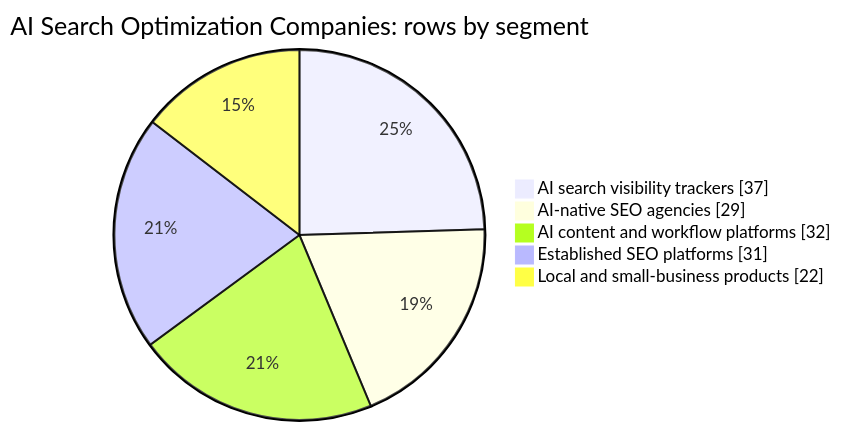
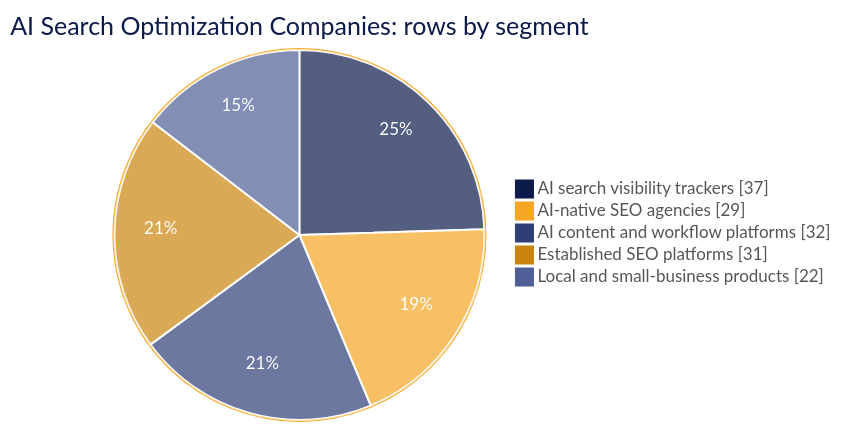
The first of 3 diagrams in README.md (chris-fountoulis/ai-search-landscape), drawn with Mermaid before and after one commit. The commit also changed other lines of this file and 2 other files, not shown here.

Commit message:
feat(build): draw the README pie charts in the brand palette
The generated stats block now opens each Mermaid pie with a theme
directive: navy and gold first, then tints of each, white slice labels.

````diff
--- a/README.md
+++ b/README.md
@@ -48,8 +48,9 @@
 ```mermaid
+%%{init: {'theme':'base','themeVariables':{'pie1':'#0D1B4B','pie2':'#F5A623','pie3':'#2E3F78','pie4':'#C98510','pie5':'#4F5F96','pie6':'#A86A06','pie7':'#6E7BAE','pie8':'#555555','pieStrokeColor':'#ffffff','pieOuterStrokeColor':'#F5A623','pieSectionTextColor':'#ffffff','pieTitleTextColor':'#0D1B4B','pieLegendTextColor':'#555555','fontFamily':'Quicksand, sans-serif'}}}%%
 pie showData title AI Search Optimization Companies: rows by segment
     "AI search visibility trackers" : 37
     "AI-native SEO agencies" : 29
     "AI content and workflow platforms" : 32
     "Established SEO platforms" : 31
     "Local and small-business products" : 22
 ```
````
